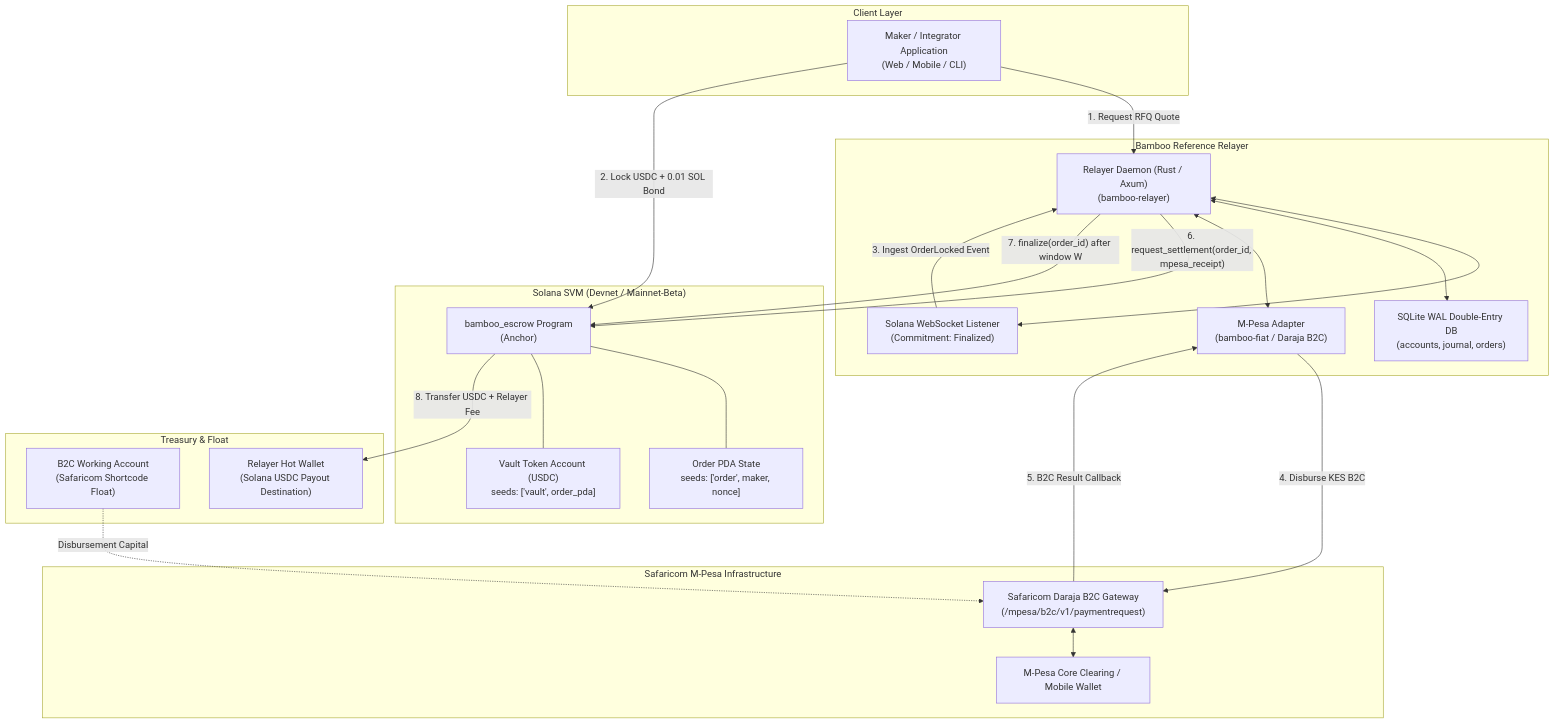
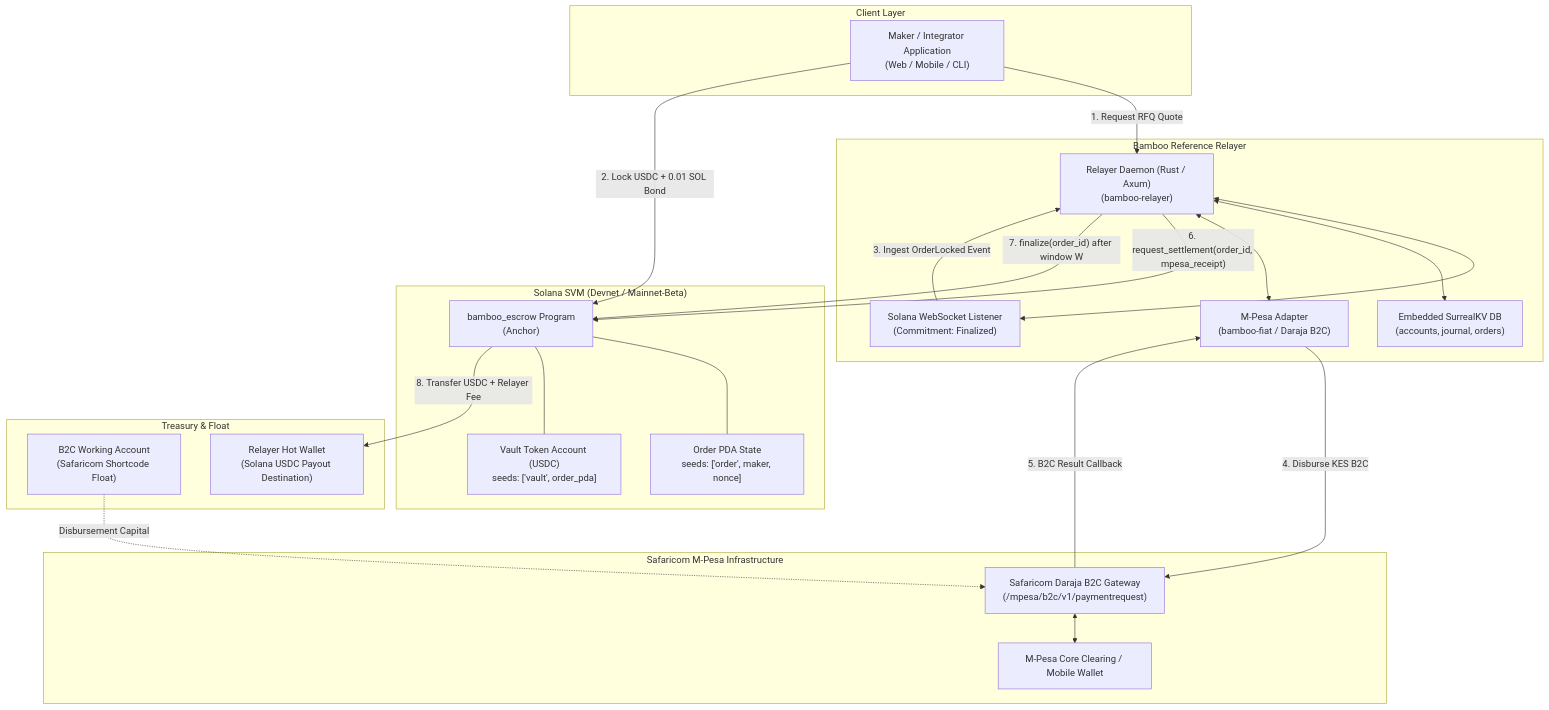
One commit to alikulaOwen/bamboo changed the first of 2 diagrams in docs/plan/00-overview.md. Above: the diagram before and after it, drawn with Mermaid. The commit also changed other lines of this file and 17 other files, not shown here.

````diff
--- a/docs/plan/00-overview.md
+++ b/docs/plan/00-overview.md
@@ -62,46 +62,46 @@
 ```mermaid
 flowchart TD
     subgraph ClientLayer ["Client Layer"]
         UserApp["Maker / Integrator Application\n(Web / Mobile / CLI)"]
     end
 
     subgraph BlockchainLayer ["Solana SVM (Devnet / Mainnet-Beta)"]
         Program["bamboo_escrow Program\n(Anchor)"]
         OrderPDA["Order PDA State\nseeds: ['order', maker, nonce]"]
         TokenVault["Vault Token Account (USDC)\nseeds: ['vault', order_pda]"]
         Program --- OrderPDA
         Program --- TokenVault
     end
 
     subgraph RelayerInfrastructure ["Bamboo Reference Relayer"]
         RelayerDaemon["Relayer Daemon (Rust / Axum)\n(bamboo-relayer)"]
         ChainListener["Solana WebSocket Listener\n(Commitment: Finalized)"]
-        Ledger["SQLite WAL Double-Entry DB\n(accounts, journal, orders)"]
+        Ledger["Embedded SurrealKV DB\n(accounts, journal, orders)"]
         MpesaModule["M-Pesa Adapter\n(bamboo-fiat / Daraja B2C)"]
         
         RelayerDaemon <--> ChainListener
         RelayerDaemon <--> Ledger
         RelayerDaemon <--> MpesaModule
     end
 
     subgraph ExternalFiat ["Safaricom M-Pesa Infrastructure"]
         DarajaAPI["Safaricom Daraja B2C Gateway\n(/mpesa/b2c/v1/paymentrequest)"]
         MpesaNetwork["M-Pesa Core Clearing / Mobile Wallet"]
         DarajaAPI <--> MpesaNetwork
     end
 
     subgraph TreasurySystem ["Treasury & Float"]
         KESFloat["B2C Working Account\n(Safaricom Shortcode Float)"]
         USDCTreasury["Relayer Hot Wallet\n(Solana USDC Payout Destination)"]
     end
 
     UserApp -- "1. Request RFQ Quote" --> RelayerDaemon
     UserApp -- "2. Lock USDC + 0.01 SOL Bond" --> Program
     ChainListener -- "3. Ingest OrderLocked Event" --> RelayerDaemon
     MpesaModule -- "4. Disburse KES B2C" --> DarajaAPI
     DarajaAPI -- "5. B2C Result Callback" --> MpesaModule
     RelayerDaemon -- "6. request_settlement(order_id, mpesa_receipt)" --> Program
     RelayerDaemon -- "7. finalize(order_id) after window W" --> Program
     Program -- "8. Transfer USDC + Relayer Fee" --> USDCTreasury
     KESFloat -. "Disbursement Capital" .-> DarajaAPI
 ```
````
